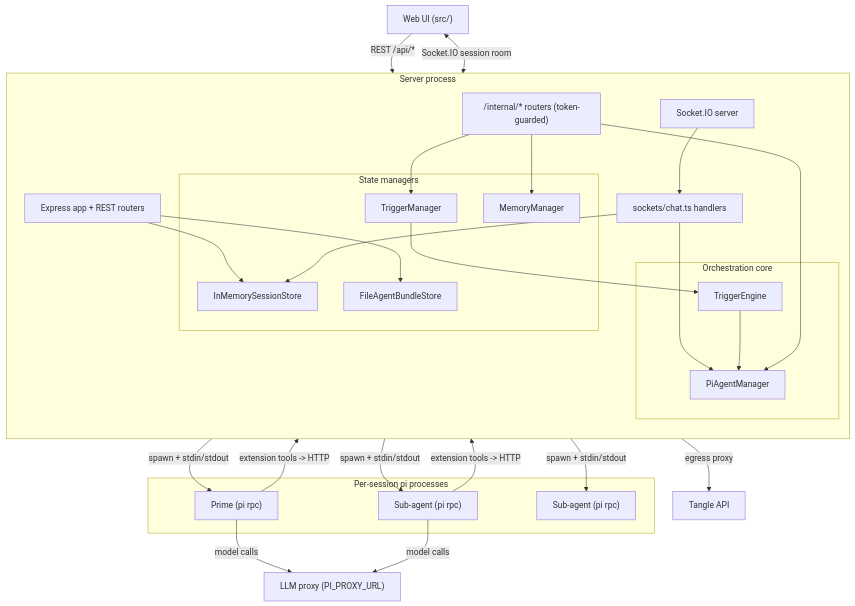
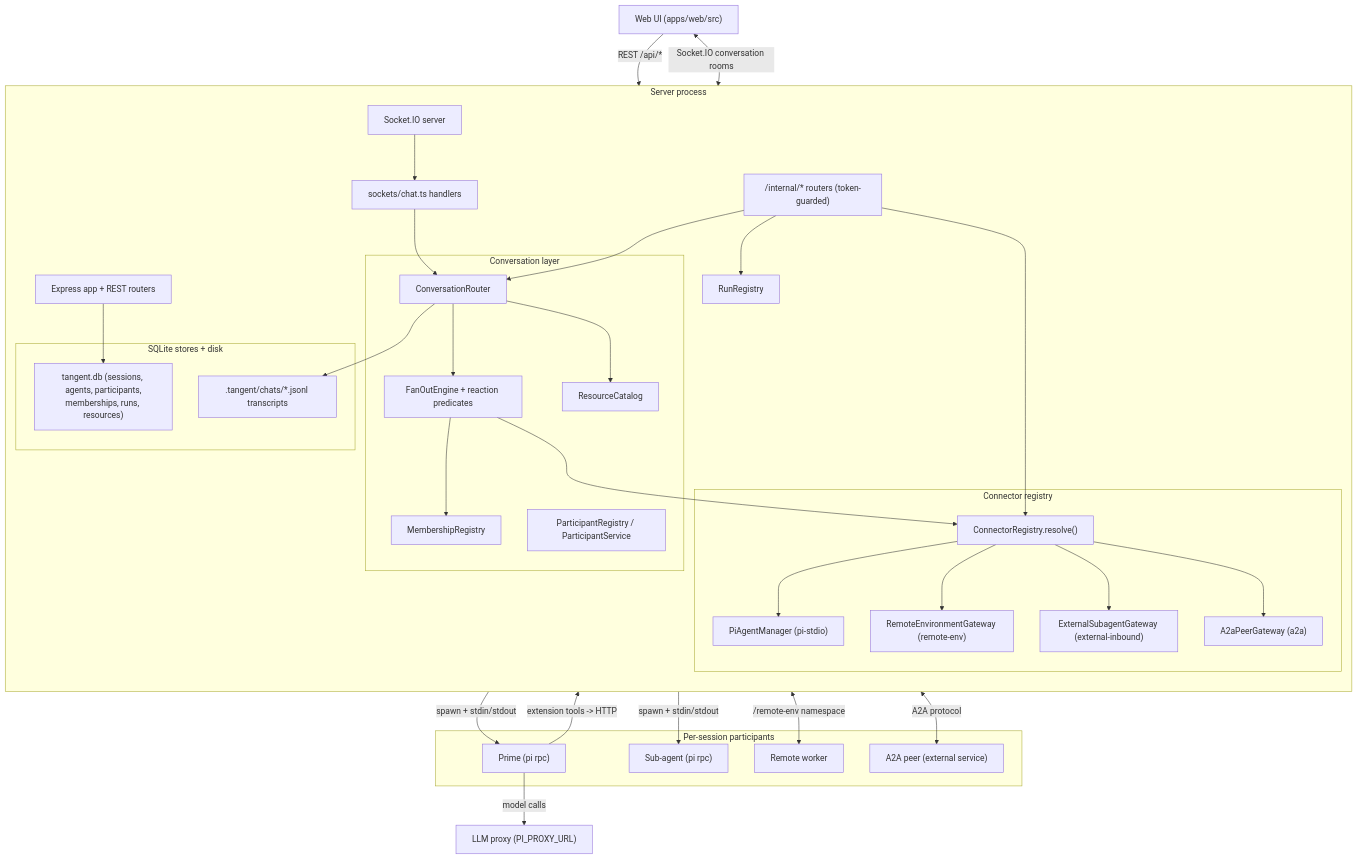
Before and after one commit to TangleML/tangent-shell: the diagram in docs/server/index.md, drawn with Mermaid. The commit also changed other lines of this file and 16 other files, not shown here.

````diff
--- a/docs/server/index.md
+++ b/docs/server/index.md
@@ -31,54 +39,68 @@
 ```mermaid
 flowchart TB
-  UI["Web UI (src/)"]
+  UI["Web UI (apps/web/src)"]
 
   subgraph server [Server process]
     direction TB
     Express["Express app + REST routers"]
     SocketIO["Socket.IO server"]
     ChatHandlers["sockets/chat.ts handlers"]
     InternalAPI["/internal/* routers (token-guarded)"]
 
-    subgraph orchestration [Orchestration core]
-      PiManager["PiAgentManager"]
-      TriggerEngine["TriggerEngine"]
+    subgraph conv [Conversation layer]
+      Router["ConversationRouter"]
+      FanOut["FanOutEngine + reaction predicates"]
+      Memberships["MembershipRegistry"]
+      Participants["ParticipantRegistry / ParticipantService"]
+      Resources["ResourceCatalog"]
     end
 
-    subgraph stateMgrs [State managers]
-      SessionStore["InMemorySessionStore"]
-      BundleStore["FileAgentBundleStore"]
-      Memory["MemoryManager"]
-      Triggers["TriggerManager"]
+    subgraph connect [Connector registry]
+      Registry["ConnectorRegistry.resolve()"]
+      PiManager["PiAgentManager (pi-stdio)"]
+      RemoteGW["RemoteEnvironmentGateway (remote-env)"]
+      ExternalGW["ExternalSubagentGateway (external-inbound)"]
+      A2AGW["A2aPeerGateway (a2a)"]
+    end
+
+    Runs["RunRegistry"]
+
+    subgraph stores [SQLite stores + disk]
+      DB["tangent.db (sessions, agents, participants,<br/>memberships, runs, resources)"]
+      JSONL[".tangent/chats/*.jsonl transcripts"]
     end
   end
 
-  subgraph agents [Per-session pi processes]
+  subgraph agents [Per-session participants]
     Prime["Prime (pi rpc)"]
     Sub1["Sub-agent (pi rpc)"]
-    Sub2["Sub-agent (pi rpc)"]
+    Remote["Remote worker"]
+    Peer["A2A peer (external service)"]
   end
 
   LLM["LLM proxy (PI_PROXY_URL)"]
-  Tangle["Tangle API"]
 
   UI -->|"REST /api/*"| Express
-  UI <-->|"Socket.IO session room"| SocketIO
+  UI <-->|"Socket.IO conversation rooms"| SocketIO
   SocketIO --> ChatHandlers
-  Express --> SessionStore
-  Express --> BundleStore
-  ChatHandlers --> PiManager
-  ChatHandlers --> SessionStore
-  TriggerEngine --> PiManager
-  Triggers --> TriggerEngine
+  ChatHandlers --> Router
+  Router --> FanOut
+  FanOut --> Memberships
+  FanOut --> Registry
+  Router --> Resources
+  Router --> JSONL
+  Express --> DB
+  Registry --> PiManager
+  Registry --> RemoteGW
+  Registry --> ExternalGW
+  Registry --> A2AGW
   PiManager -->|spawn + stdin/stdout| Prime
   PiManager -->|spawn + stdin/stdout| Sub1
-  PiManager -->|spawn + stdin/stdout| Sub2
+  RemoteGW <-->|"/remote-env namespace"| Remote
+  A2AGW <-->|"A2A protocol"| Peer
   Prime -->|"extension tools -> HTTP"| InternalAPI
-  Sub1 -->|"extension tools -> HTTP"| InternalAPI
-  InternalAPI --> PiManager
-  InternalAPI --> Memory
-  InternalAPI --> Triggers
+  InternalAPI --> Registry
+  InternalAPI --> Router
+  InternalAPI --> Runs
   Prime -->|model calls| LLM
-  Sub1 -->|model calls| LLM
-  InternalAPI -->|egress proxy| Tangle
 ```
````
